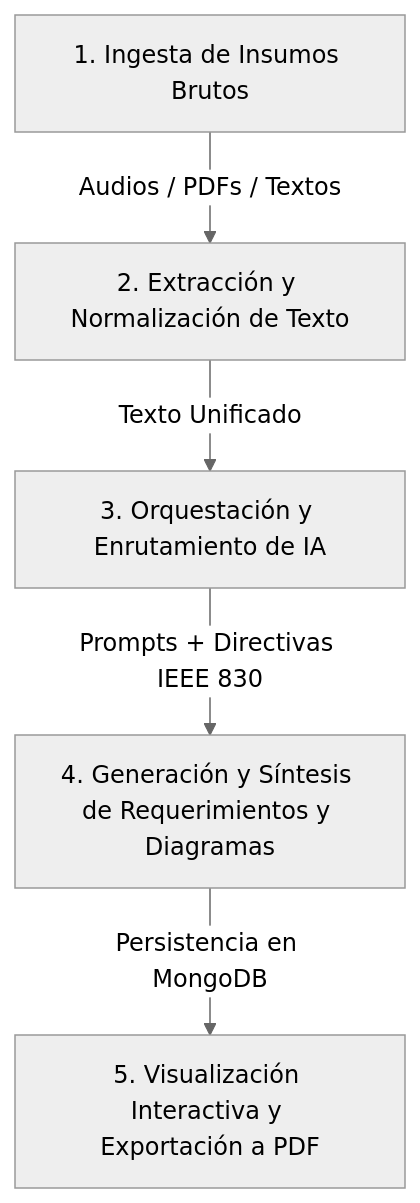
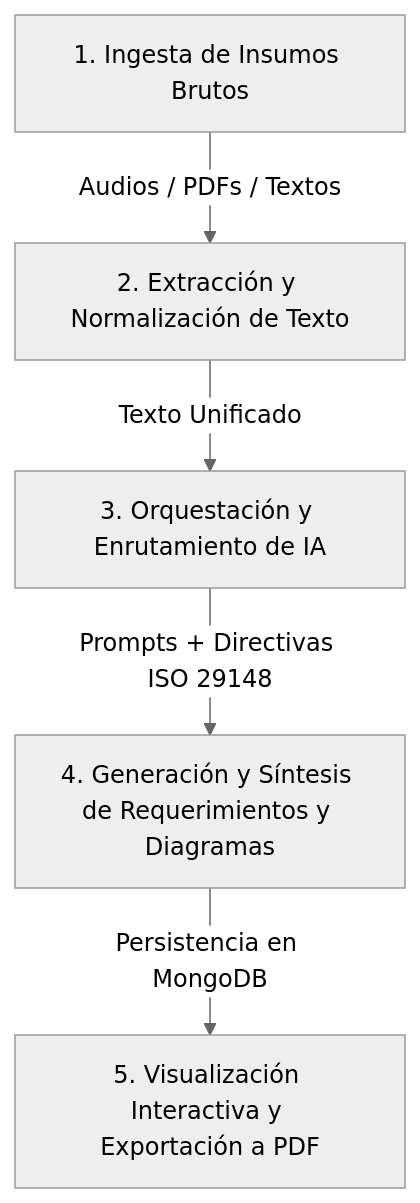
Before and after one commit to app-secure/icase: the diagram in ARQUITECTURA_Y_FLUJO.md, drawn with Mermaid (neutral theme). The commit also changed other lines of this file and 260 other files, not shown here.

````diff
--- a/ARQUITECTURA_Y_FLUJO.md
+++ b/ARQUITECTURA_Y_FLUJO.md
@@ -53,7 +53,7 @@
 ```mermaid
 flowchart TD
     A[1. Ingesta de Insumos Brutos] -->|Audios / PDFs / Textos| B[2. Extracción y Normalización de Texto]
     B -->|Texto Unificado| C[3. Orquestación y Enrutamiento de IA]
-    C -->|Prompts + Directivas IEEE 830| D[4. Generación y Síntesis de Requerimientos y Diagramas]
+    C -->|Prompts + Directivas ISO 29148| D[4. Generación y Síntesis de Requerimientos y Diagramas]
     D -->|Persistencia en MongoDB| E[5. Visualización Interactiva y Exportación a PDF]
 ```
````
